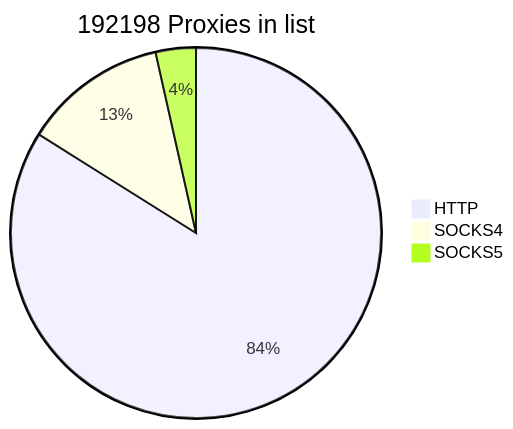
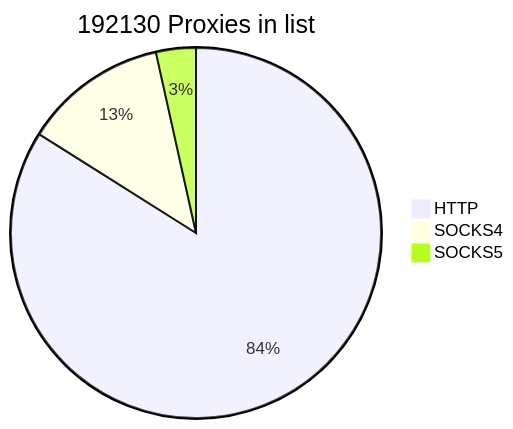
Before and after one commit to cutipu/proxylist: the first of 2 diagrams in README.md, drawn with Mermaid. The commit also changed other lines of this file, not shown here.

````diff
--- a/README.md
+++ b/README.md
@@ -2,7 +2,7 @@
 ```mermaid
-pie title 192198 Proxies in list
-    "HTTP" : 161295
-    "SOCKS4" : 24161
-    "SOCKS5" : 6742
+pie title 192130 Proxies in list
+    "HTTP" : 161292
+    "SOCKS4" : 24156
+    "SOCKS5" : 6682
             
 ```
````
